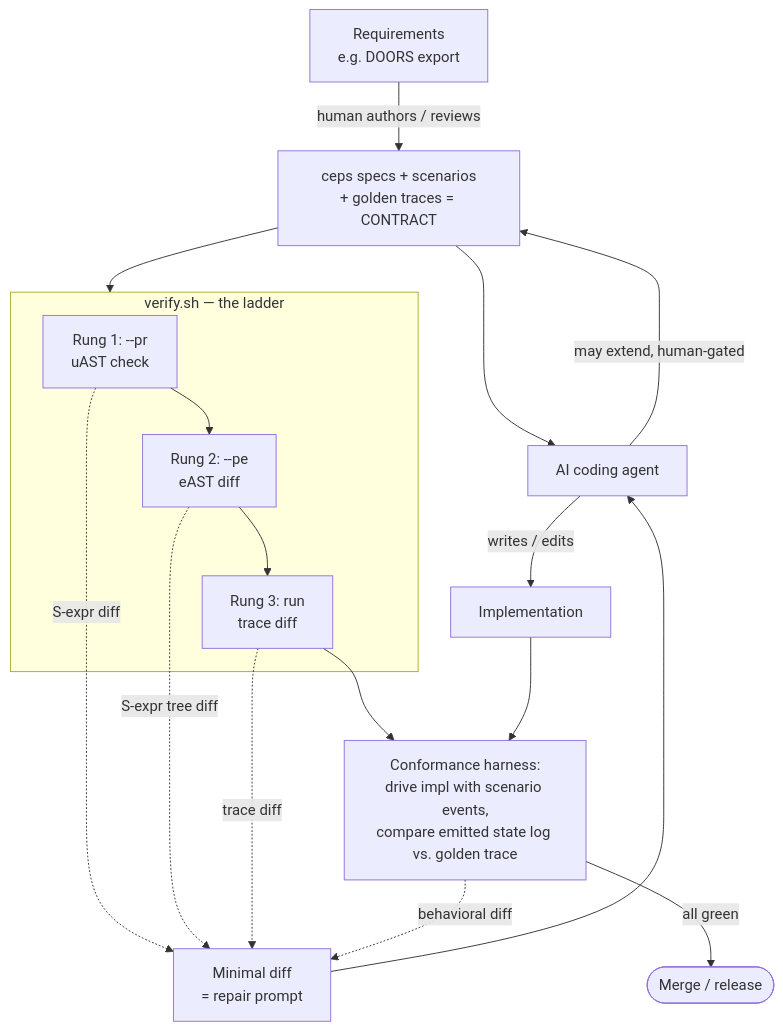
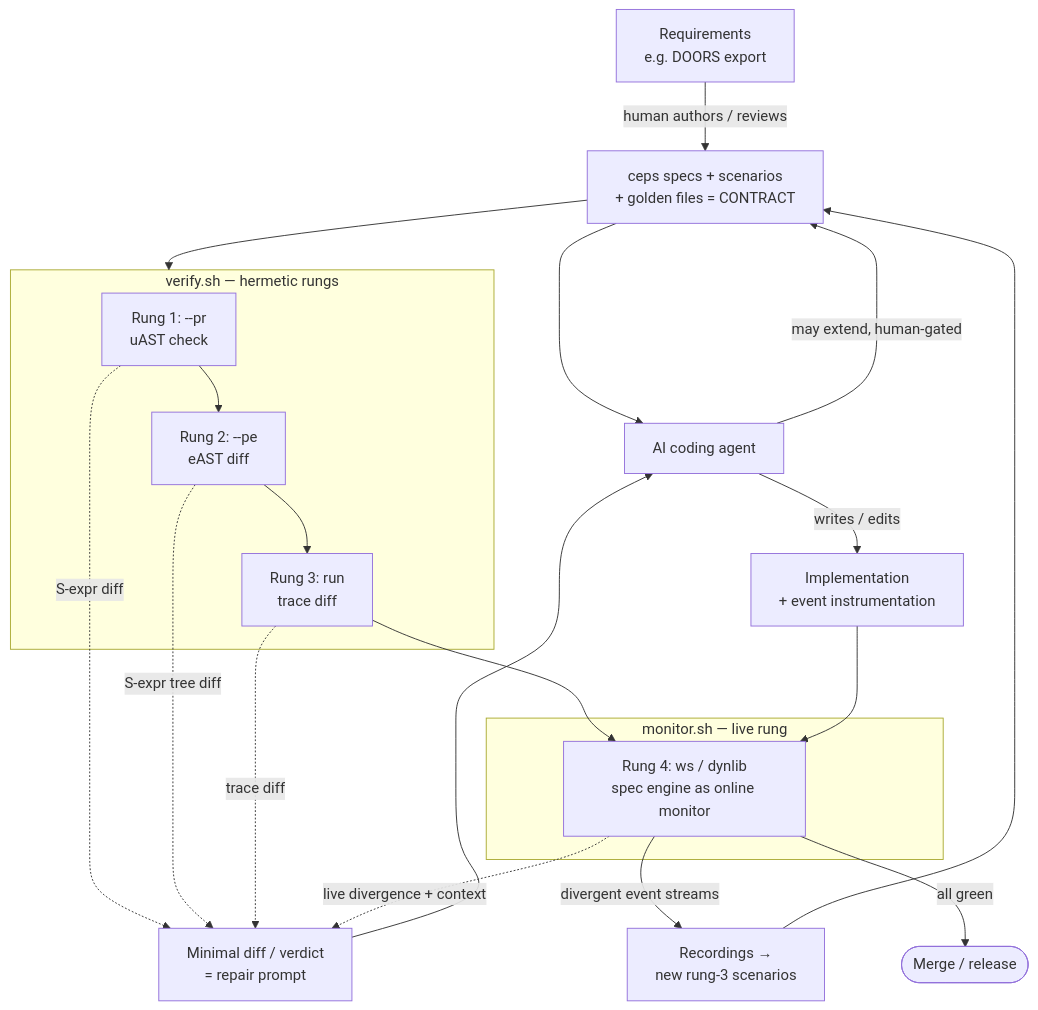
One commit to cepsdev/machines4ceps changed the first of 2 diagrams in README.md. Above: the diagram before and after it, drawn with Mermaid. The commit also changed other lines of this file, not shown here.

````diff
--- a/README.md
+++ b/README.md
@@ -312,26 +380,33 @@
 ```mermaid
 flowchart TD
-    REQ[Requirements<br/>e.g. DOORS export] -->|human authors / reviews| SPEC[ceps specs + scenarios<br/>+ golden traces = CONTRACT]
+    REQ[Requirements<br/>e.g. DOORS export] -->|human authors / reviews| SPEC[ceps specs + scenarios<br/>+ golden files = CONTRACT]
     SPEC --> AGENT[AI coding agent]
-    AGENT -->|writes / edits| CODE[Implementation]
+    AGENT -->|writes / edits| CODE[Implementation<br/>+ event instrumentation]
     AGENT -->|may extend, human-gated| SPEC
 
-    subgraph VERIFY [verify.sh — the ladder]
+    subgraph HERMETIC [verify.sh — hermetic rungs]
         R1[Rung 1: --pr<br/>uAST check]
         R2[Rung 2: --pe<br/>eAST diff]
         R3[Rung 3: run<br/>trace diff]
         R1 --> R2 --> R3
     end
 
-    SPEC --> VERIFY
-    R3 --> CONF[Conformance harness:<br/>drive impl with scenario events,<br/>compare emitted state log vs. golden trace]
-    CODE --> CONF
+    subgraph LIVE [monitor.sh — live rung]
+        R4[Rung 4: ws / dynlib<br/>spec engine as online monitor]
+    end
 
-    R1 -.->|S-expr diff| FEEDBACK[Minimal diff<br/>= repair prompt]
+    SPEC --> HERMETIC
+    R3 --> R4
+    CODE --> R4
+
+    R1 -.->|S-expr diff| FEEDBACK[Minimal diff / verdict<br/>= repair prompt]
     R2 -.->|S-expr tree diff| FEEDBACK
     R3 -.->|trace diff| FEEDBACK
-    CONF -.->|behavioral diff| FEEDBACK
+    R4 -.->|live divergence + context| FEEDBACK
     FEEDBACK --> AGENT
 
-    CONF -->|all green| DONE([Merge / release])
+    R4 -->|divergent event streams| REC[Recordings →<br/>new rung-3 scenarios]
+    REC --> SPEC
+
+    R4 -->|all green| DONE([Merge / release])
 ```
````
